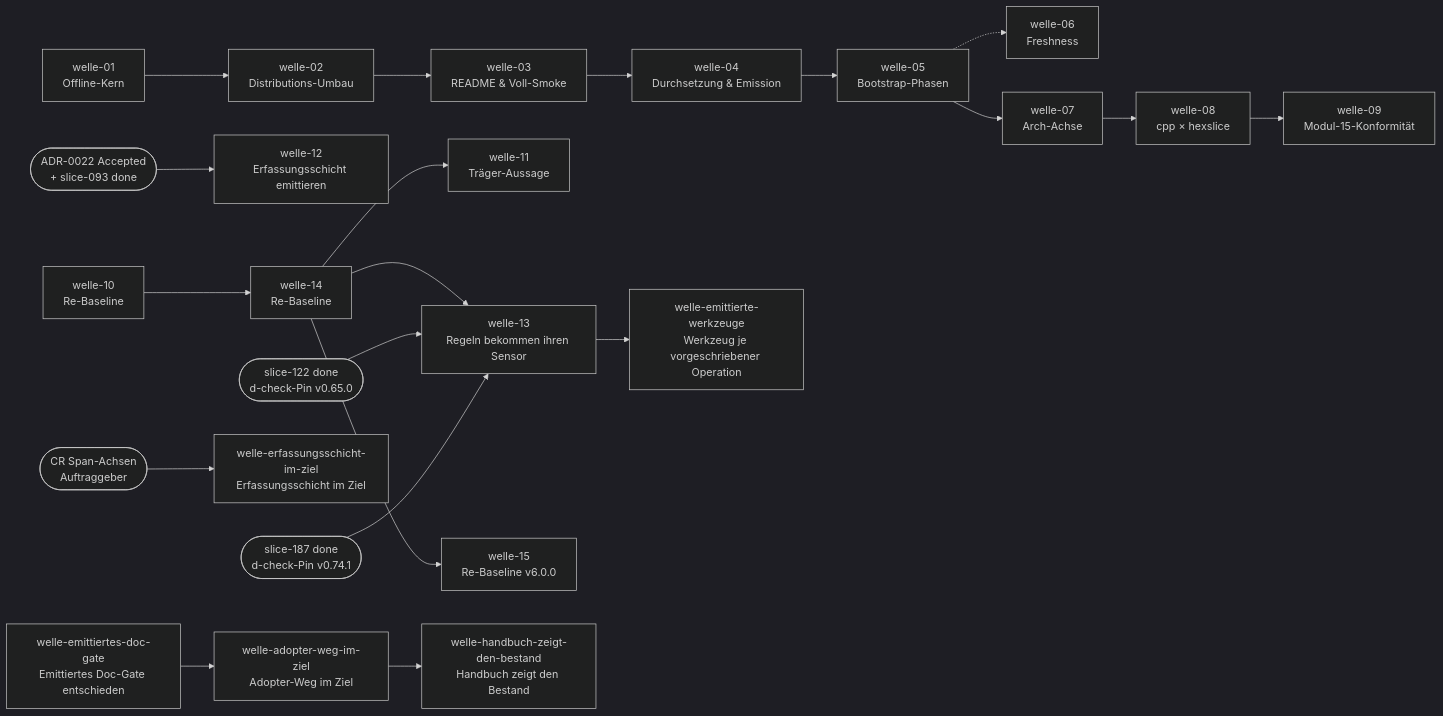
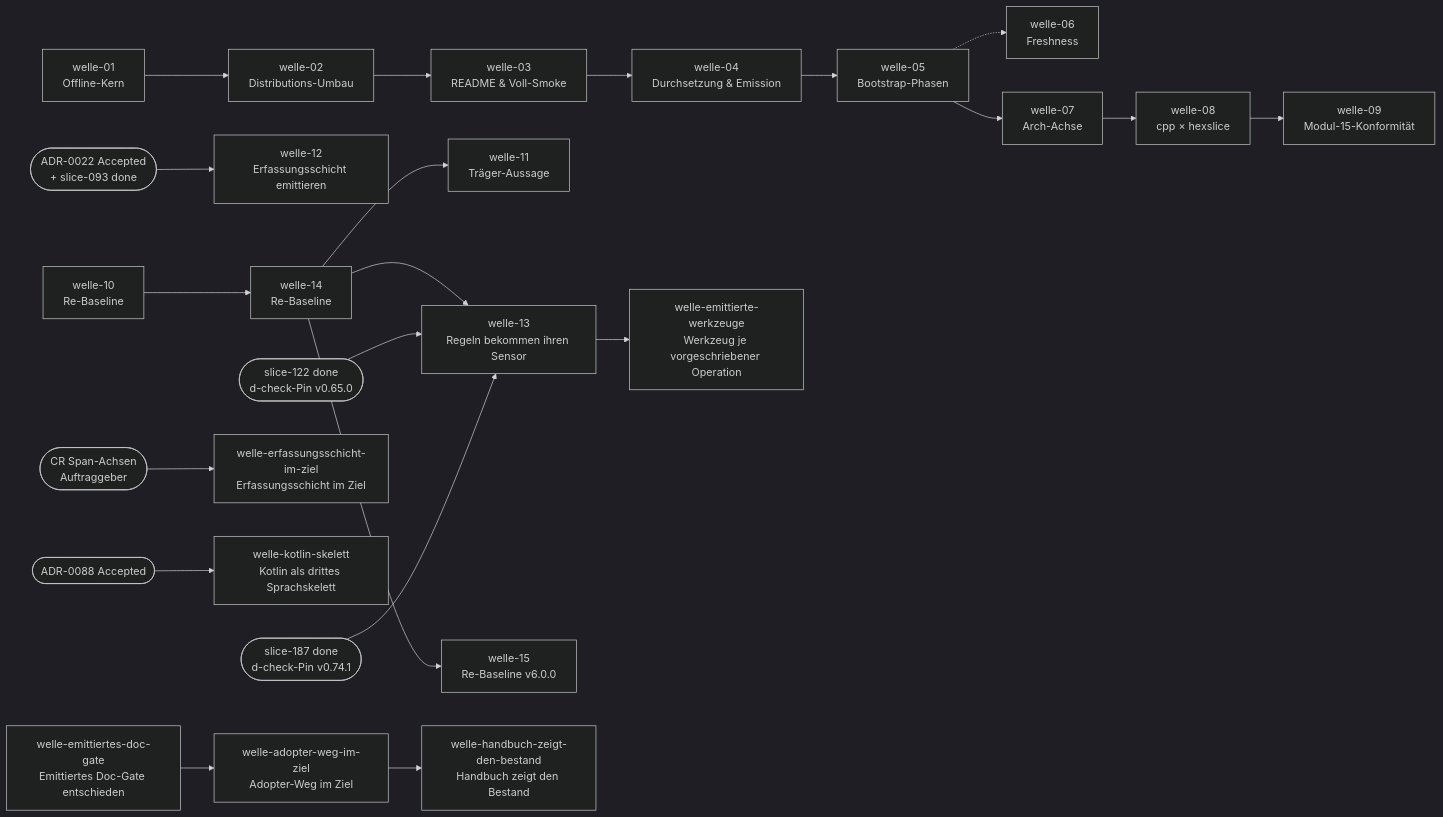
The diagram in docs/plan/planning/in-progress/roadmap.md (pt9912/ai-harness-init), drawn with Mermaid (dark theme) before and after one commit. The commit also changed other lines of this file and 11 other files, not shown here.

First line of the commit message:
Rolle Planner: Welle-Closure welle-kotlin-skelett, Self-Close -- Ergebnisnotiz, Roadmap, Register nach Architect-Verdikt (LH-FA-04, ADR-0088, ADR-0062)

````diff
--- a/docs/plan/planning/in-progress/roadmap.md
+++ b/docs/plan/planning/in-progress/roadmap.md
@@ -70,37 +69,39 @@
 ```mermaid
 flowchart LR
     W1[welle-01<br/>Offline-Kern]
     W2[welle-02<br/>Distributions-Umbau]
     W3[welle-03<br/>README & Voll-Smoke]
     W4[welle-04<br/>Durchsetzung & Emission]
     W5[welle-05<br/>Bootstrap-Phasen]
     W6[welle-06<br/>Freshness]
     W7[welle-07<br/>Arch-Achse]
     W8[welle-08<br/>cpp × hexslice]
     W9[welle-09<br/>Modul-15-Konformität]
     W10[welle-10<br/>Re-Baseline]
     W11[welle-11<br/>Träger-Aussage]
     W12[welle-12<br/>Erfassungsschicht emittieren]
     W13[welle-13<br/>Regeln bekommen ihren Sensor]
     W14[welle-14<br/>Re-Baseline]
     W15[welle-15<br/>Re-Baseline v6.0.0]
     W16[welle-emittierte-werkzeuge<br/>Werkzeug je vorgeschriebener Operation]
     W17[welle-emittiertes-doc-gate<br/>Emittiertes Doc-Gate entschieden]
     W18[welle-adopter-weg-im-ziel<br/>Adopter-Weg im Ziel]
     W19[welle-erfassungsschicht-im-ziel<br/>Erfassungsschicht im Ziel]
     W20[welle-handbuch-zeigt-den-bestand<br/>Handbuch zeigt den Bestand]
+    W21[welle-kotlin-skelett<br/>Kotlin als drittes Sprachskelett]
     W1 --> W2 --> W3 --> W4 --> W5
     W5 -.-> W6
     W5 --> W7 --> W8
     W8 --> W9
     W10 --> W14
     W14 --> W11
     W14 --> W13
     W14 --> W15
     W13 --> W16
     W17 --> W18 --> W20
     CR([CR Span-Achsen<br/>Auftraggeber]) --> W19
     S122([slice-122 done<br/>d-check-Pin v0.65.0]) --> W13
     S187([slice-187 done<br/>d-check-Pin v0.74.1]) --> W13
     A0022([ADR-0022 Accepted<br/>+ slice-093 done]) --> W12
+    A0088([ADR-0088 Accepted]) --> W21
 ```
````
